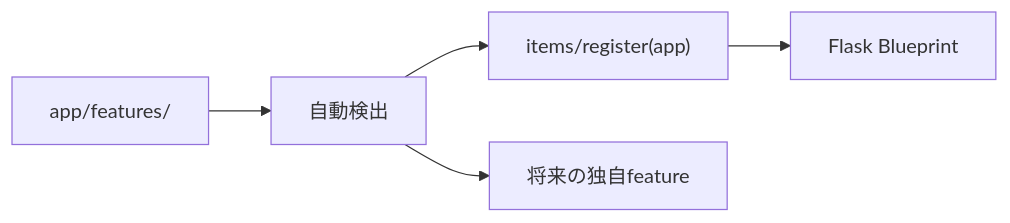
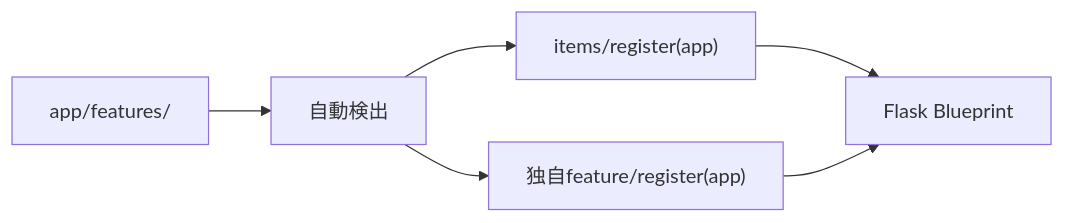
One commit to k-systems202208/python-sqlite-tailscale-webapp-template changed the third of 6 diagrams in README.md. Above: the diagram before and after it, drawn with Mermaid. The commit also changed other lines of this file and 10 other files, not shown here.

````diff
--- a/README.md
+++ b/README.md
@@ -131,7 +148,8 @@
 ```mermaid
 flowchart LR
     A["app/features/"] --> D["自動検出"]
     D --> I["items/register(app)"]
-    D --> X["将来の独自feature"]
+    D --> X["独自feature/register(app)"]
     I --> F["Flask Blueprint"]
+    X --> F
 ```
````
